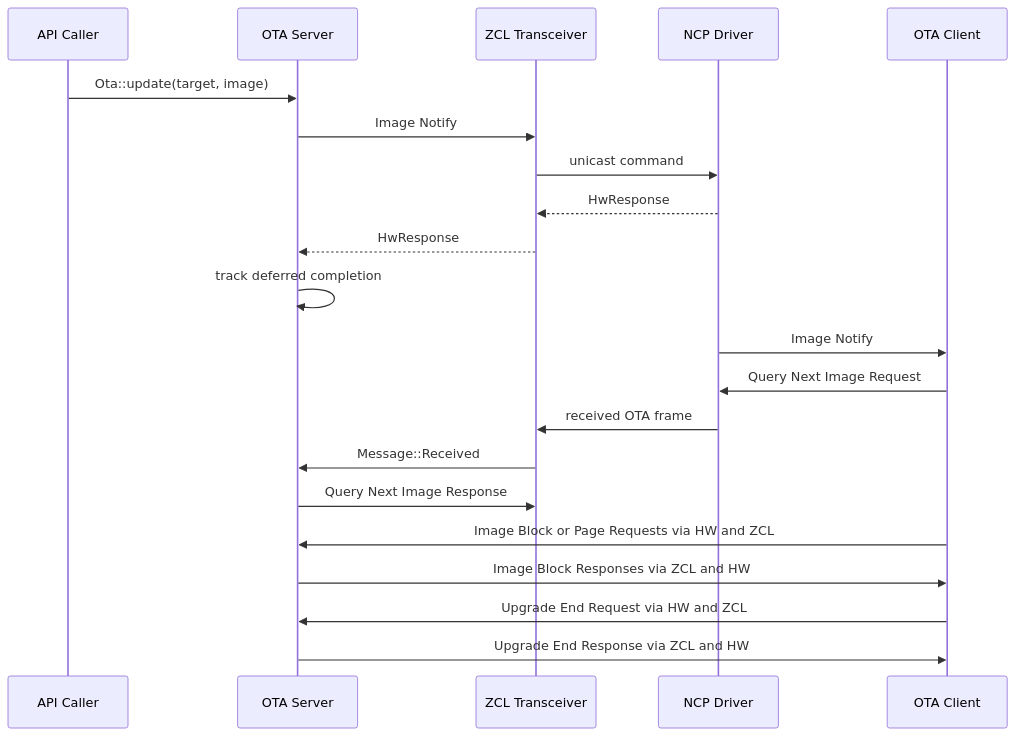
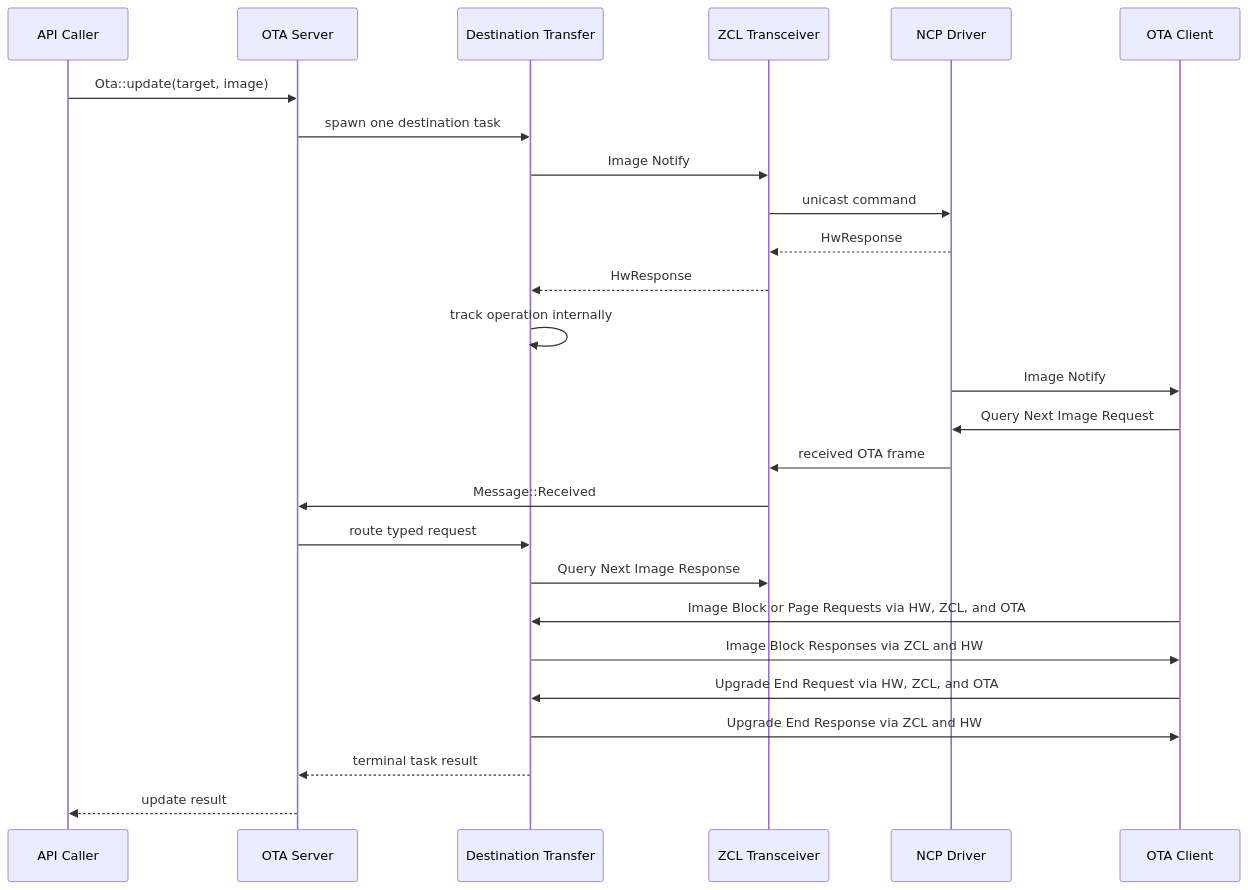
One commit to PaulmannLighting/apis-saltans changed the seventh of 9 diagrams in coordinator/ARCHITECTURE.md. Above: the diagram before and after it, drawn with Mermaid. The commit also changed other lines of this file and 12 other files, not shown here.

````diff
--- a/coordinator/ARCHITECTURE.md
+++ b/coordinator/ARCHITECTURE.md
@@ -369,24 +375,29 @@
 ```mermaid
 sequenceDiagram
     participant APP as API Caller
     participant OTA as OTA Server
+    participant TX as Destination Transfer
     participant ZCL as ZCL Transceiver
     participant HW as NCP Driver
     participant DEV as OTA Client
 
     APP->>OTA: Ota::update(target, image)
-    OTA->>ZCL: Image Notify
+    OTA->>TX: spawn one destination task
+    TX->>ZCL: Image Notify
     ZCL->>HW: unicast command
     HW-->>ZCL: HwResponse
-    ZCL-->>OTA: HwResponse
-    OTA->>OTA: track deferred completion
+    ZCL-->>TX: HwResponse
+    TX->>TX: track operation internally
     HW->>DEV: Image Notify
     DEV->>HW: Query Next Image Request
     HW->>ZCL: received OTA frame
     ZCL->>OTA: Message::Received
-    OTA->>ZCL: Query Next Image Response
-    DEV->>OTA: Image Block or Page Requests via HW and ZCL
-    OTA->>DEV: Image Block Responses via ZCL and HW
-    DEV->>OTA: Upgrade End Request via HW and ZCL
-    OTA->>DEV: Upgrade End Response via ZCL and HW
+    OTA->>TX: route typed request
+    TX->>ZCL: Query Next Image Response
+    DEV->>TX: Image Block or Page Requests via HW, ZCL, and OTA
+    TX->>DEV: Image Block Responses via ZCL and HW
+    DEV->>TX: Upgrade End Request via HW, ZCL, and OTA
+    TX->>DEV: Upgrade End Response via ZCL and HW
+    TX-->>OTA: terminal task result
+    OTA-->>APP: update result
 ```
````
